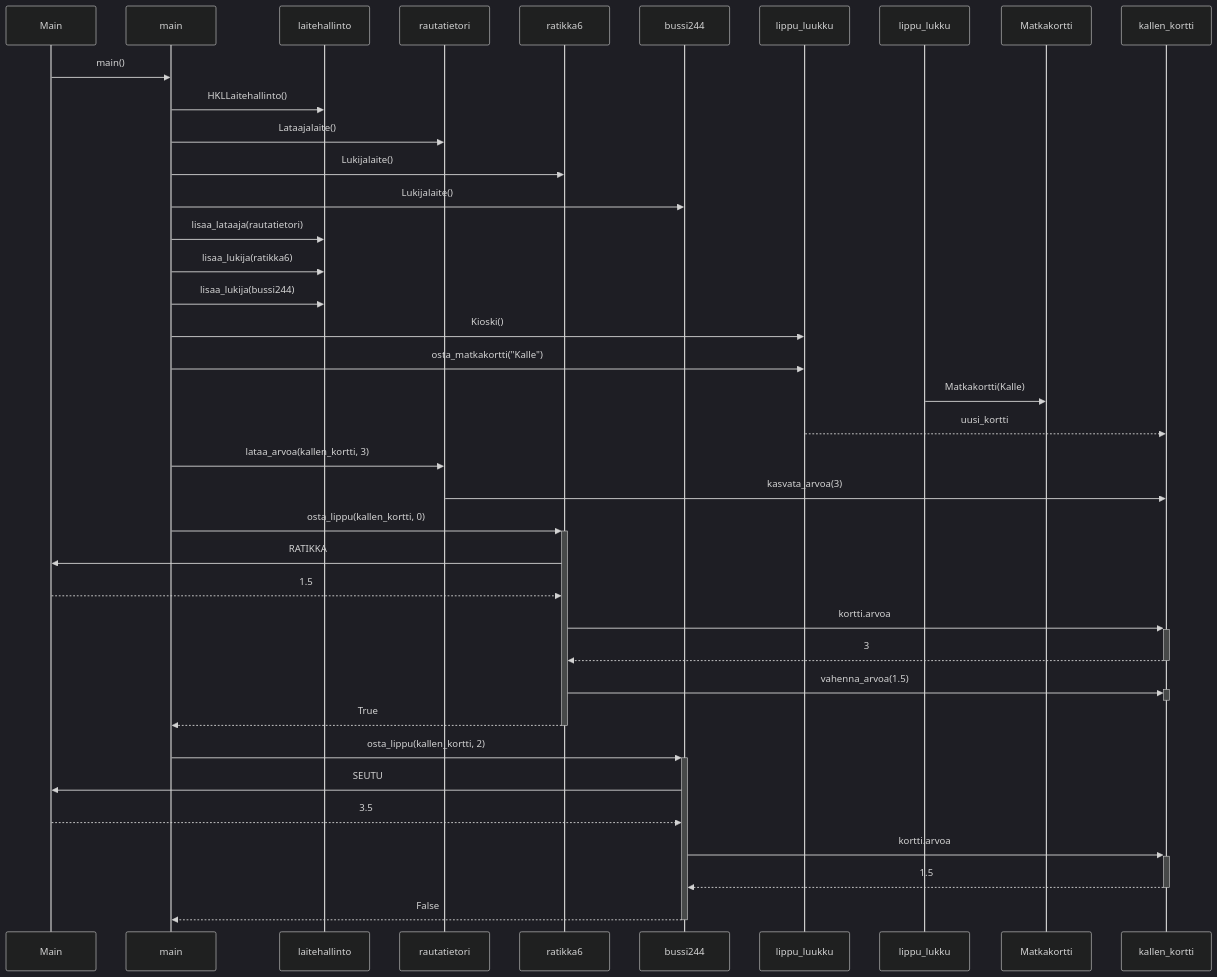
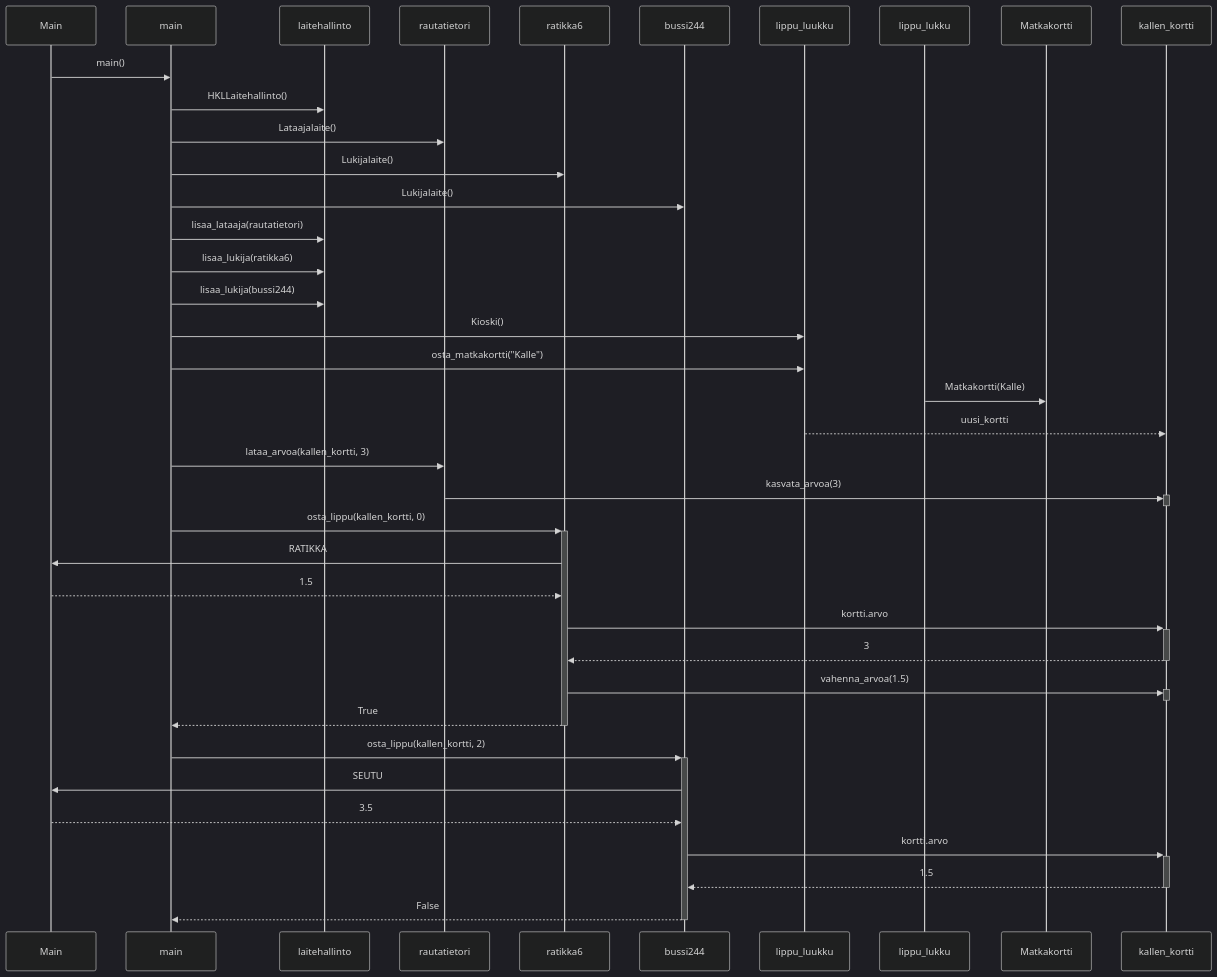
Before and after one commit to lenbie/Expense-Tracker-Project: the diagram in laskarit/viikko3/task4.md, drawn with Mermaid (dark theme).

````diff
--- a/laskarit/viikko3/task4.md
+++ b/laskarit/viikko3/task4.md
@@ -1,33 +1,34 @@
 ```mermaid
   sequenceDiagram
   Main->>main: main()
   main->>laitehallinto: HKLLaitehallinto()
   main->>rautatietori: Lataajalaite()
   main->>ratikka6: Lukijalaite()
   main->>bussi244: Lukijalaite()
   main->>laitehallinto: lisaa_lataaja(rautatietori)
   main->>laitehallinto: lisaa_lukija(ratikka6)
   main->>laitehallinto: lisaa_lukija(bussi244)
   main->>lippu_luukku: Kioski()
   main->>lippu_luukku: osta_matkakortti("Kalle")
   lippu_lukku->>Matkakortti: Matkakortti(Kalle)
   lippu_luukku-->>kallen_kortti: uusi_kortti
   main->>rautatietori: lataa_arvoa(kallen_kortti, 3)
-  rautatietori->>kallen_kortti: kasvata_arvoa(3)
+  rautatietori->>+kallen_kortti: kasvata_arvoa(3)
+  deactivate kallen_kortti
   main->>+ratikka6: osta_lippu(kallen_kortti, 0)
   ratikka6->>Main: RATIKKA
   Main-->>ratikka6: 1.5
-  ratikka6->>+kallen_kortti: kortti.arvoa
+  ratikka6->>+kallen_kortti: kortti.arvo
   kallen_kortti-->>-ratikka6: 3
   ratikka6->>+kallen_kortti: vahenna_arvoa(1.5)
   deactivate kallen_kortti
   ratikka6-->>-main: True
   main->>+bussi244: osta_lippu(kallen_kortti, 2)
   bussi244->>Main: SEUTU
   Main-->>bussi244: 3.5
-  bussi244->>+kallen_kortti: kortti.arvoa
+  bussi244->>+kallen_kortti: kortti.arvo
   kallen_kortti-->>-bussi244: 1.5
   bussi244-->>-main: False
   
   
 ```
````
